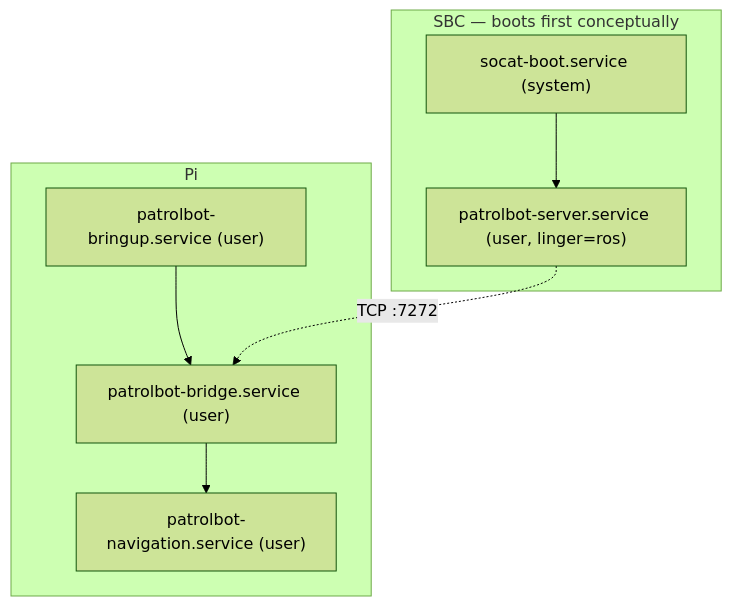
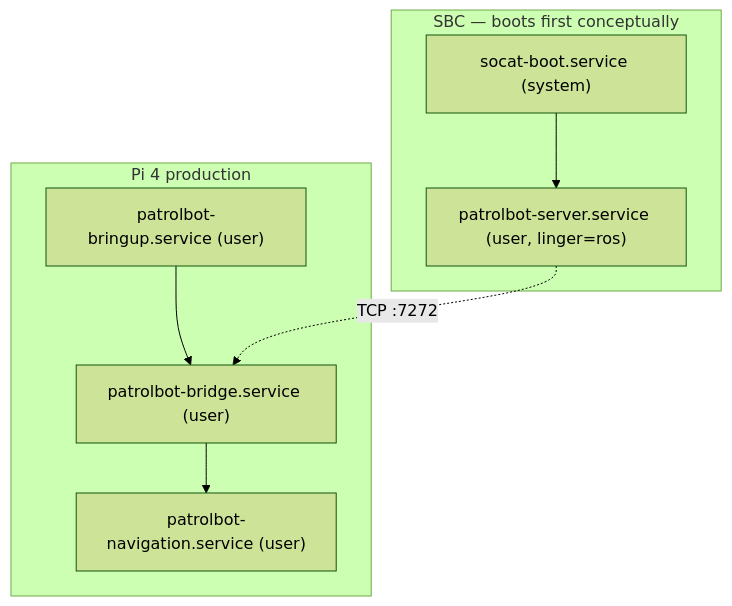
One commit to cmu-impactlab/patrolbot changed the diagram in docs/deployment/robot-deployment.md. Above: the diagram before and after it, drawn with Mermaid (forest theme). The commit also changed other lines of this file and 41 other files, not shown here.

````diff
--- a/docs/deployment/robot-deployment.md
+++ b/docs/deployment/robot-deployment.md
@@ -14,15 +15,15 @@
 ```mermaid
 flowchart TB
     subgraph SBC["SBC — boots first conceptually"]
         S1["socat-boot.service (system)"]
         S2["patrolbot-server.service (user, linger=ros)"]
         S1 --> S2
     end
-    subgraph PI["Pi"]
+    subgraph PI["Pi 4 production"]
         P1["patrolbot-bringup.service (user)"]
         P2["patrolbot-bridge.service (user)"]
         P3["patrolbot-navigation.service (user)"]
         P1 --> P2 --> P3
     end
     S2 -. "TCP :7272" .-> P2
 ```
````
